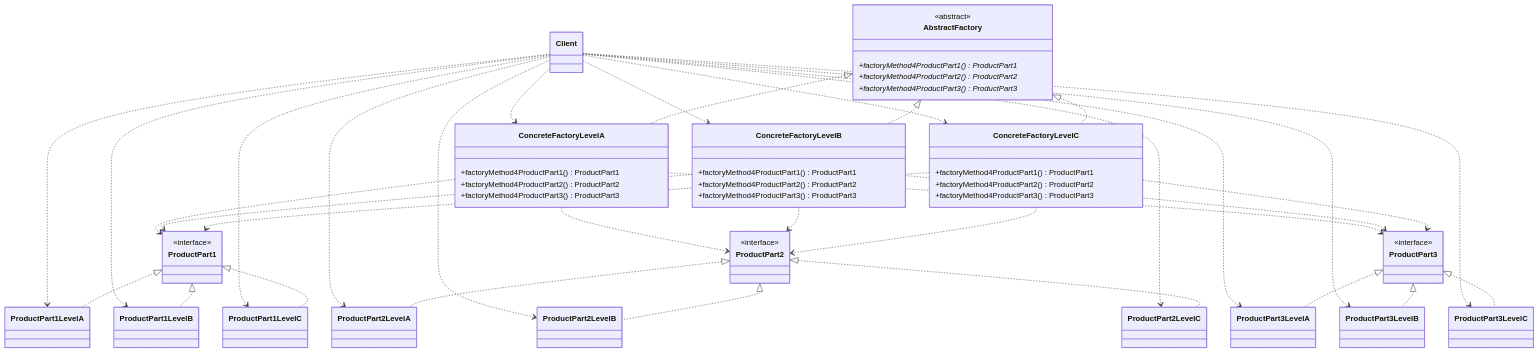
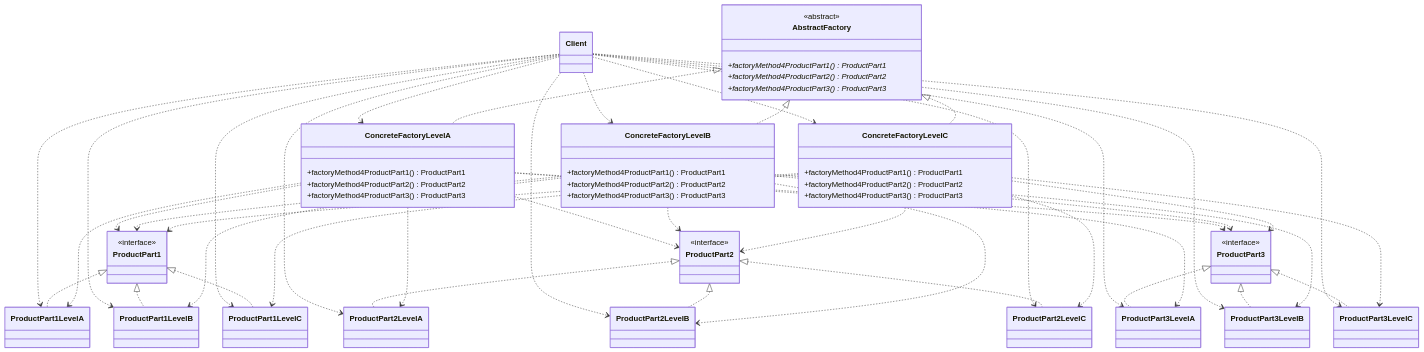
Before and after one commit to lingwh1995/books: diagram 23 of 23 in general/designpattern/designpattern-java/designpattern-java.md, drawn with Mermaid.

Commit message:
更新内容

```diff
--- a/general/designpattern/designpattern-java/designpattern-java.md
+++ b/general/designpattern/designpattern-java/designpattern-java.md
@@ -1492,12 +1492,21 @@
     ConcreteFactoryLevelA ..> ProductPart1
     ConcreteFactoryLevelA ..> ProductPart2
     ConcreteFactoryLevelA ..> ProductPart3
+    ConcreteFactoryLevelA ..> ProductPart1LevelA
+    ConcreteFactoryLevelA ..> ProductPart2LevelA
+    ConcreteFactoryLevelA ..> ProductPart3LevelA
     ConcreteFactoryLevelB ..> ProductPart1
     ConcreteFactoryLevelB ..> ProductPart2
     ConcreteFactoryLevelB ..> ProductPart3
+    ConcreteFactoryLevelB ..> ProductPart1LevelB
+    ConcreteFactoryLevelB ..> ProductPart2LevelB
+    ConcreteFactoryLevelB ..> ProductPart3LevelB
     ConcreteFactoryLevelC ..> ProductPart1
     ConcreteFactoryLevelC ..> ProductPart2
     ConcreteFactoryLevelC ..> ProductPart3
+    ConcreteFactoryLevelC ..> ProductPart1LevelC
+    ConcreteFactoryLevelC ..> ProductPart2LevelC
+    ConcreteFactoryLevelC ..> ProductPart3LevelC
     class ProductPart1 {
     }
     class ProductPart1LevelA {
```
